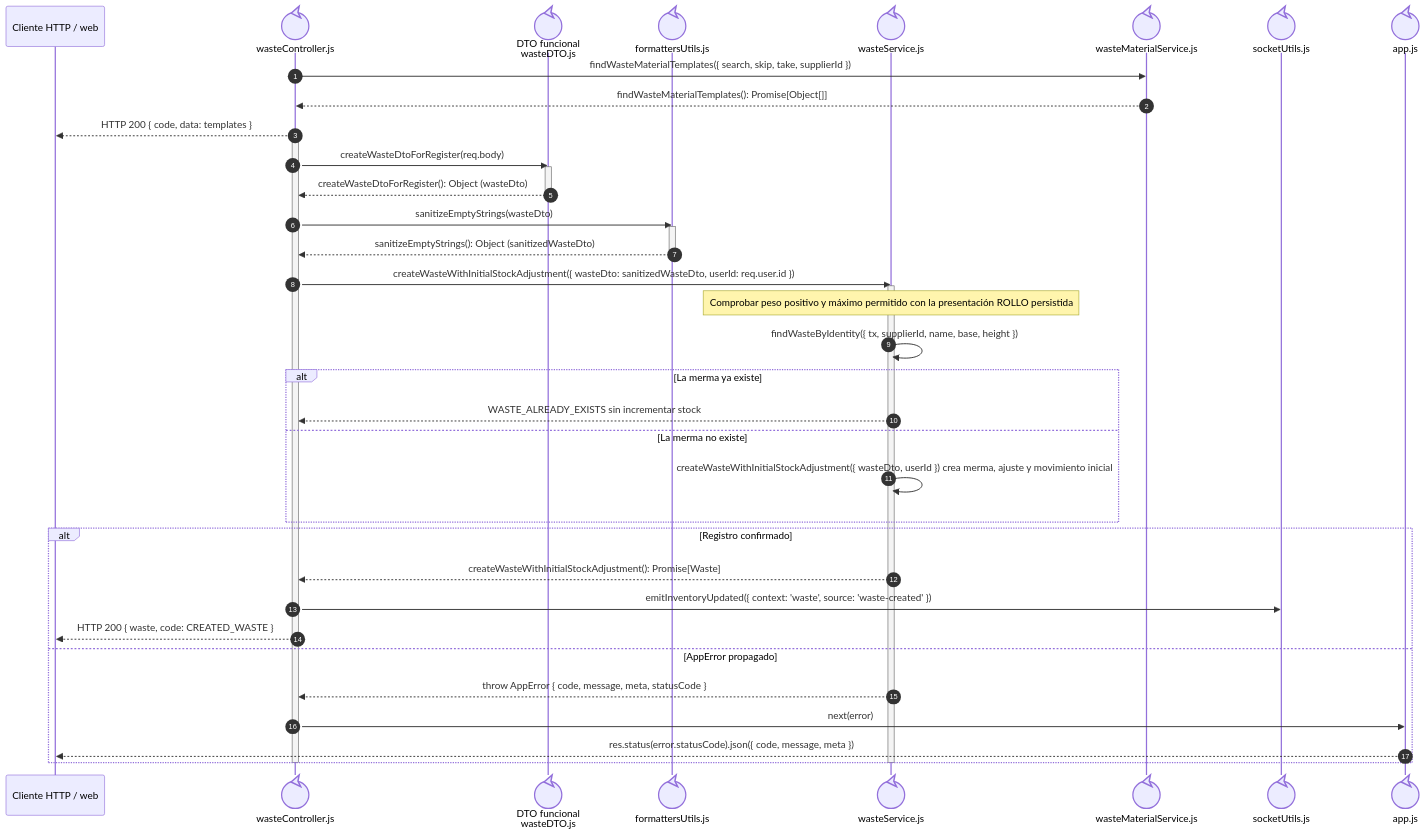
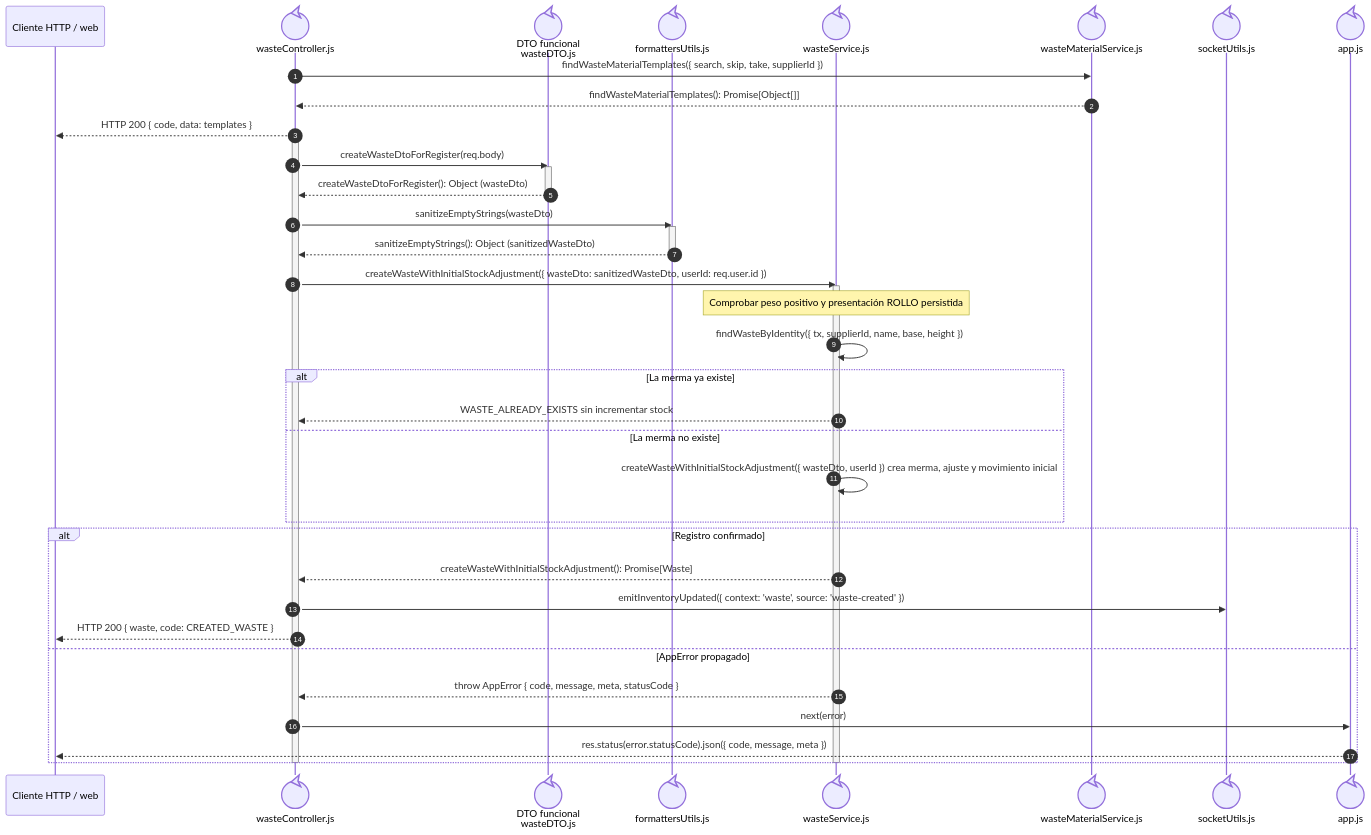
The second of 2 diagrams in docs/architecture/views/processes/backend-code-sequences/catalogs/cu-alm-10.md (gpgsistemas01/nexus), drawn with Mermaid before and after one commit. The commit also changed other lines of this file and 21 other files, not shown here.

````diff
--- a/docs/architecture/views/processes/backend-code-sequences/catalogs/cu-alm-10.md
+++ b/docs/architecture/views/processes/backend-code-sequences/catalogs/cu-alm-10.md
@@ -79,45 +79,45 @@
 ```mermaid
 sequenceDiagram
     autonumber
     participant Client as Cliente HTTP / web
     participant Controller@{ "type": "control" } as wasteController.js
     participant WasteDto@{ "type": "control" } as DTO funcional<br/>wasteDTO.js
     participant Formatter@{ "type": "control" } as formattersUtils.js
     participant Domain@{ "type": "control" } as wasteService.js
     participant Templates@{ "type": "control" } as wasteMaterialService.js
     participant Socket@{ "type": "control" } as socketUtils.js
     participant ErrorHandler@{ "type": "control" } as app.js
 
     Controller->>Templates: findWasteMaterialTemplates({ search, skip, take, supplierId })
     Templates-->>Controller: findWasteMaterialTemplates(): Promise[Object[]]
     Controller-->>Client: HTTP 200 { code, data: templates }
     activate Controller
     Controller->>WasteDto: createWasteDtoForRegister(req.body)
     activate WasteDto
     WasteDto-->>Controller: createWasteDtoForRegister(): Object (wasteDto)
     deactivate WasteDto
     Controller->>Formatter: sanitizeEmptyStrings(wasteDto)
     activate Formatter
     Formatter-->>Controller: sanitizeEmptyStrings(): Object (sanitizedWasteDto)
     deactivate Formatter
     Controller->>Domain: createWasteWithInitialStockAdjustment({ wasteDto: sanitizedWasteDto, userId: req.user.id })
     activate Domain
-    Note over Domain: Comprobar peso positivo y máximo permitido con la presentación ROLLO persistida
+    Note over Domain: Comprobar peso positivo y presentación ROLLO persistida
     Domain->>Domain: findWasteByIdentity({ tx, supplierId, name, base, height })
     alt La merma ya existe
         Domain-->>Controller: WASTE_ALREADY_EXISTS sin incrementar stock
     else La merma no existe
         Domain->>Domain: createWasteWithInitialStockAdjustment({ wasteDto, userId }) crea merma, ajuste y movimiento inicial
     end
     alt Registro confirmado
         Domain-->>Controller: createWasteWithInitialStockAdjustment(): Promise[Waste]
         Controller->>Socket: emitInventoryUpdated({ context: 'waste', source: 'waste-created' })
         Controller-->>Client: HTTP 200 { waste, code: CREATED_WASTE }
     else AppError propagado
         Domain-->>Controller: throw AppError { code, message, meta, statusCode }
         Controller->>ErrorHandler: next(error)
         ErrorHandler-->>Client: res.status(error.statusCode).json({ code, message, meta })
     end
     deactivate Domain
     deactivate Controller
 ```
````
